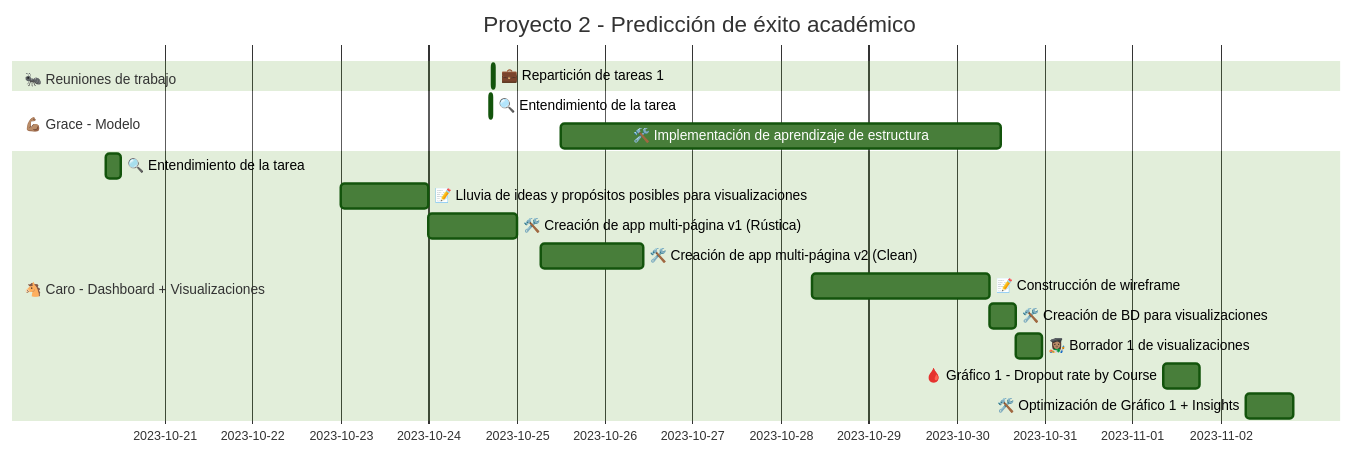
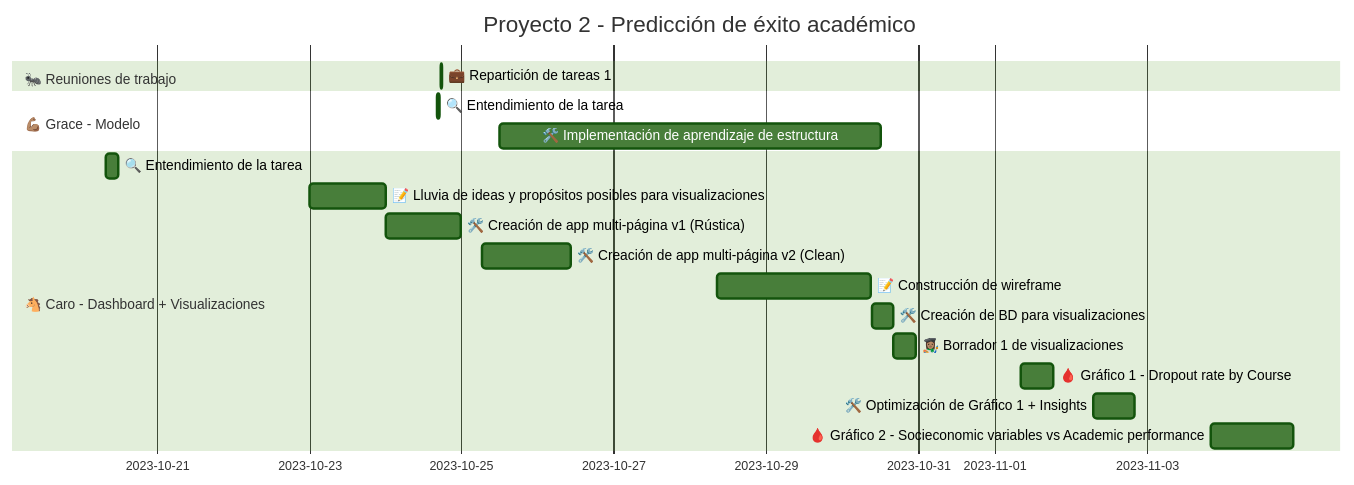
The diagram in README.md (zcrodriguez/AC_IPP_P2), drawn with Mermaid (forest theme) before and after one commit.

Commit message:
Actualización de README.md con avances de proyecto

````diff
--- a/README.md
+++ b/README.md
@@ -5,20 +5,21 @@
 ```mermaid
 gantt
     title Proyecto 2 - Predicción de éxito académico
     dateFormat  YYYY-MM-DD
     section 🐜 Reuniones de trabajo
     💼 Repartición de tareas 1:2023-10-24 17:21,30m
     section 💪🏽 Grace - Modelo
     🔍 Entendimiento de la tarea:2023-10-24 16:30,40m
     🛠️ Implementación de aprendizaje de estructura: 2023-10-25 12:00, 5d
     section 🐴 Caro - Dashboard + Visualizaciones
     🔍 Entendimiento de la tarea:2023-10-20 8:00,4h
     📝 Lluvia de ideas y propósitos posibles para visualizaciones:2023-10-23,1d
     🛠️ Creación de app multi-página v1 (Rústica):2023-10-24,1d
     🛠️ Creación de app multi-página v2 (Clean):2023-10-25 6:30, 28h
     📝 Construcción de wireframe:2023-10-28 8:30, 48.5h
     🛠️ Creación de BD para visualizaciones:2023-10-30 9:10, 7h
     👩🏽‍🎨 Borrador 1 de visualizaciones:2023-10-30 16:10, 7h
     🩸 Gráfico 1 - Dropout rate by Course:2023-11-1 8:20, 10h
     🛠️ Optimización de Gráfico 1 + Insights:2023-11-2 6:50, 13h
+    🩸 Gráfico 2 - Socieconomic variables vs Academic performance:2023-11-3 20:00, 26h
 ```
````
